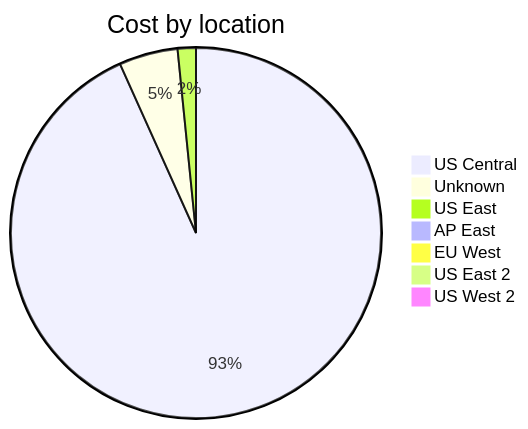
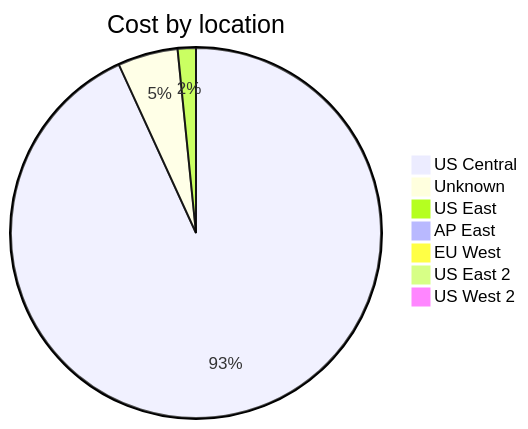
The third of 4 diagrams in cost-reports/accumulated-cost.md (jpfulton/azure-personal-reports), drawn with Mermaid before and after one commit. The commit also changed other lines of this file and 4 other files, not shown here.

````diff
--- a/cost-reports/accumulated-cost.md
+++ b/cost-reports/accumulated-cost.md
@@ -121,11 +121,11 @@
 ```mermaid
 pie
    title Cost by location
-   "US Central" : 5.27
-   "Unknown" : 0.29
-   "US East" : 0.09
+   "US Central" : 5.86
+   "Unknown" : 0.33
+   "US East" : 0.10
    "AP East" : 0.00
    "EU West" : 0.00
    "US East 2" : 0.00
    "US West 2" : 0.00
 ```
````
